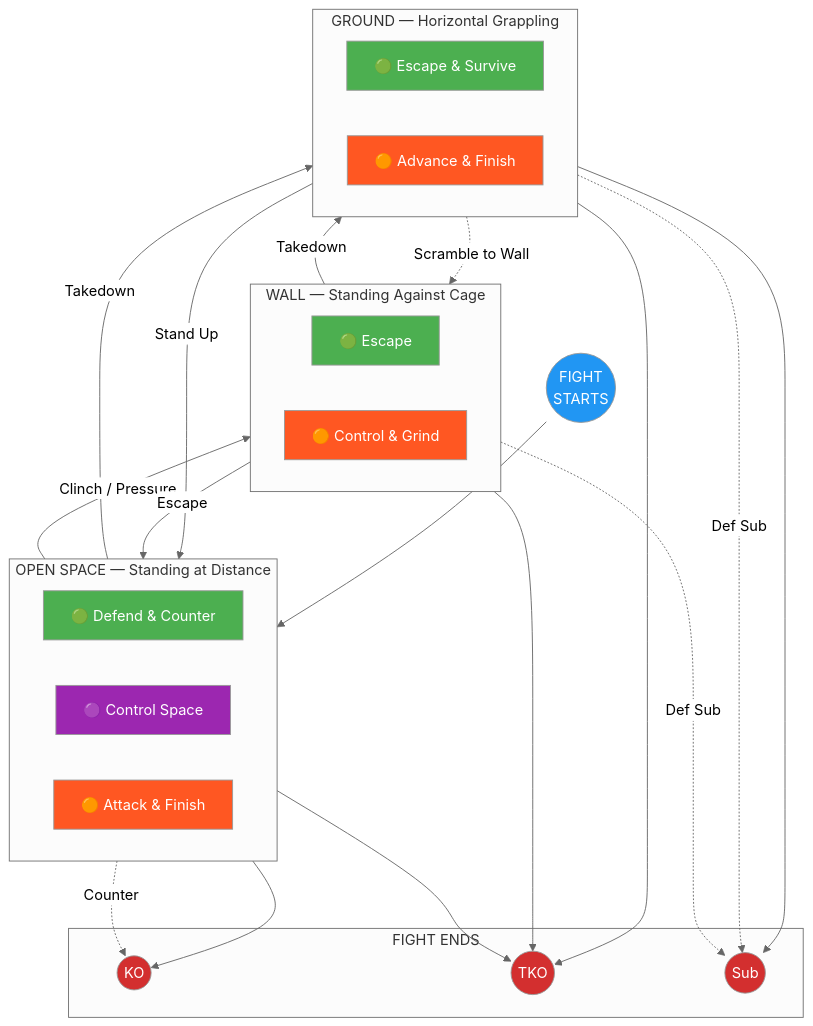
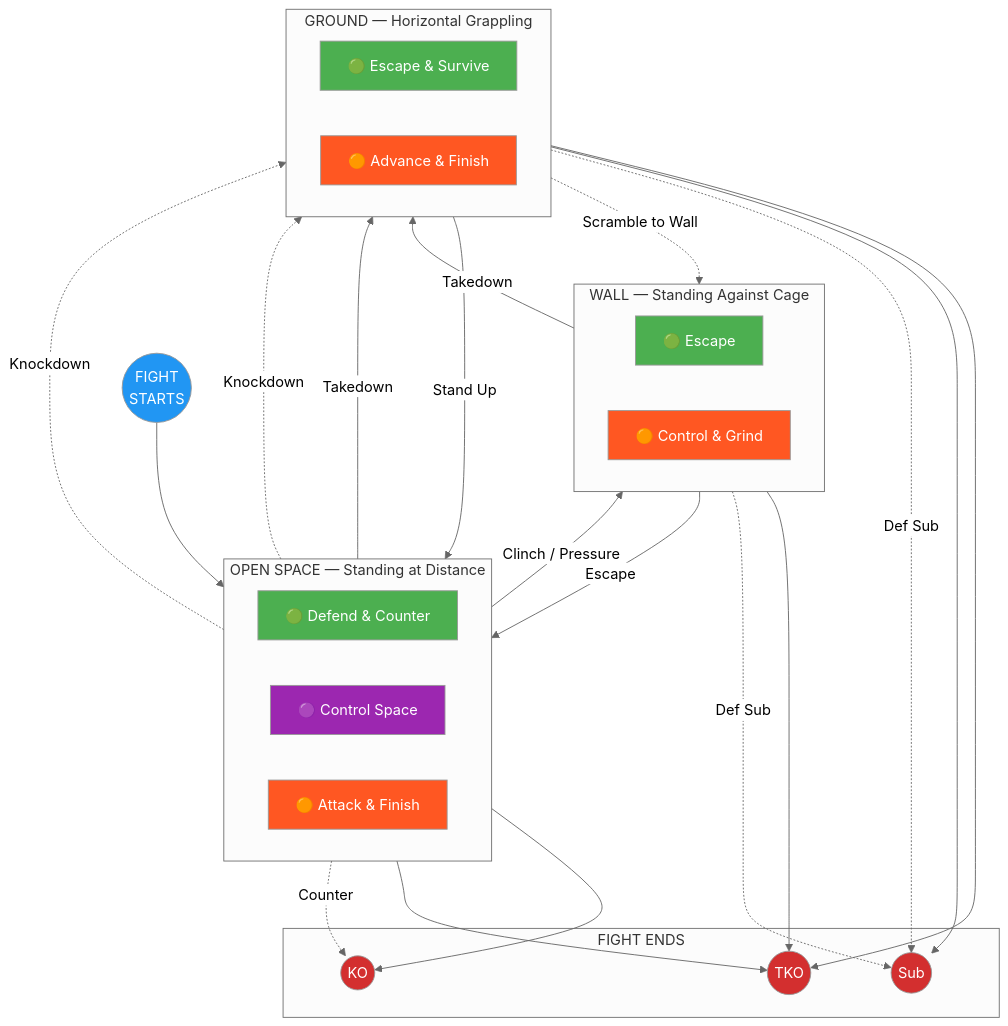
The diagram in docs/index.md (ACalienes/Ecological-MMA-Game-System), drawn with Mermaid (neutral theme) before and after one commit. The commit also changed 1 other file, not shown here.

Commit message:
Add knockdown paths from striking to ground
When a strike (offensive or counter) drops an opponent without KO,
the fight transitions to ground for follow-up (ground and pound → TKO).

Changes:
- index.md: Add O_ATK/O_DEF -.->|"Knockdown"| GROUND paths
- map.md: Add SO/CS -.-> GA (Sustained Offense/Counter-Striking → Ground Access)

This completes the striking → knockdown → ground → TKO finish chain.

````diff
--- a/docs/index.md
+++ b/docs/index.md
@@ -69,68 +69,72 @@
 ```mermaid
 flowchart TB
     START((FIGHT<br>STARTS)) --> OPEN
 
     subgraph OPEN["OPEN SPACE — Standing at Distance"]
         direction LR
         O_DEF["🟢 Defend & Counter"]
         O_CTL["🟣 Control Space"]
         O_ATK["🟠 Attack & Finish"]
     end
 
     subgraph WALL["WALL — Standing Against Cage"]
         direction LR
         W_DEF["🟢 Escape"]
         W_ATK["🟠 Control & Grind"]
     end
 
     subgraph GROUND["GROUND — Horizontal Grappling"]
         direction LR
         G_DEF["🟢 Escape & Survive"]
         G_ATK["🟠 Advance & Finish"]
     end
 
     subgraph FINISH["FIGHT ENDS"]
         KO((KO))
         TKO((TKO))
         SUB((Sub))
     end
 
     %% Transitions between positions
     OPEN -->|"Clinch / Pressure"| WALL
     OPEN -->|"Takedown"| GROUND
     WALL -->|"Escape"| OPEN
     WALL -->|"Takedown"| GROUND
     GROUND -->|"Stand Up"| OPEN
     GROUND -.->|"Scramble to Wall"| WALL
 
+    %% Knockdown paths (striking leads to ground)
+    O_ATK -.->|"Knockdown"| GROUND
+    O_DEF -.->|"Knockdown"| GROUND
+
     %% Paths to finish
     O_ATK --> KO
     O_ATK --> TKO
     W_ATK --> TKO
     G_ATK --> TKO
     G_ATK --> SUB
     O_DEF -.->|"Counter"| KO
     G_DEF -.->|"Def Sub"| SUB
     W_DEF -.->|"Def Sub"| SUB
 
     %% Styling
     style START fill:#2196F3,color:#fff
     style O_DEF fill:#4CAF50,color:#fff
     style O_CTL fill:#9C27B0,color:#fff
     style O_ATK fill:#FF5722,color:#fff
     style W_DEF fill:#4CAF50,color:#fff
     style W_ATK fill:#FF5722,color:#fff
     style G_DEF fill:#4CAF50,color:#fff
     style G_ATK fill:#FF5722,color:#fff
     style KO fill:#D32F2F,color:#fff
     style TKO fill:#D32F2F,color:#fff
     style SUB fill:#D32F2F,color:#fff
 
     click O_DEF "#open-space-defensive"
     click O_CTL "#open-space-control"
     click O_ATK "#open-space-offensive"
     click W_DEF "#wall-defensive"
     click W_ATK "#wall-offensive"
     click G_DEF "#ground-defensive"
     click G_ATK "#ground-offensive"
 ```
````
